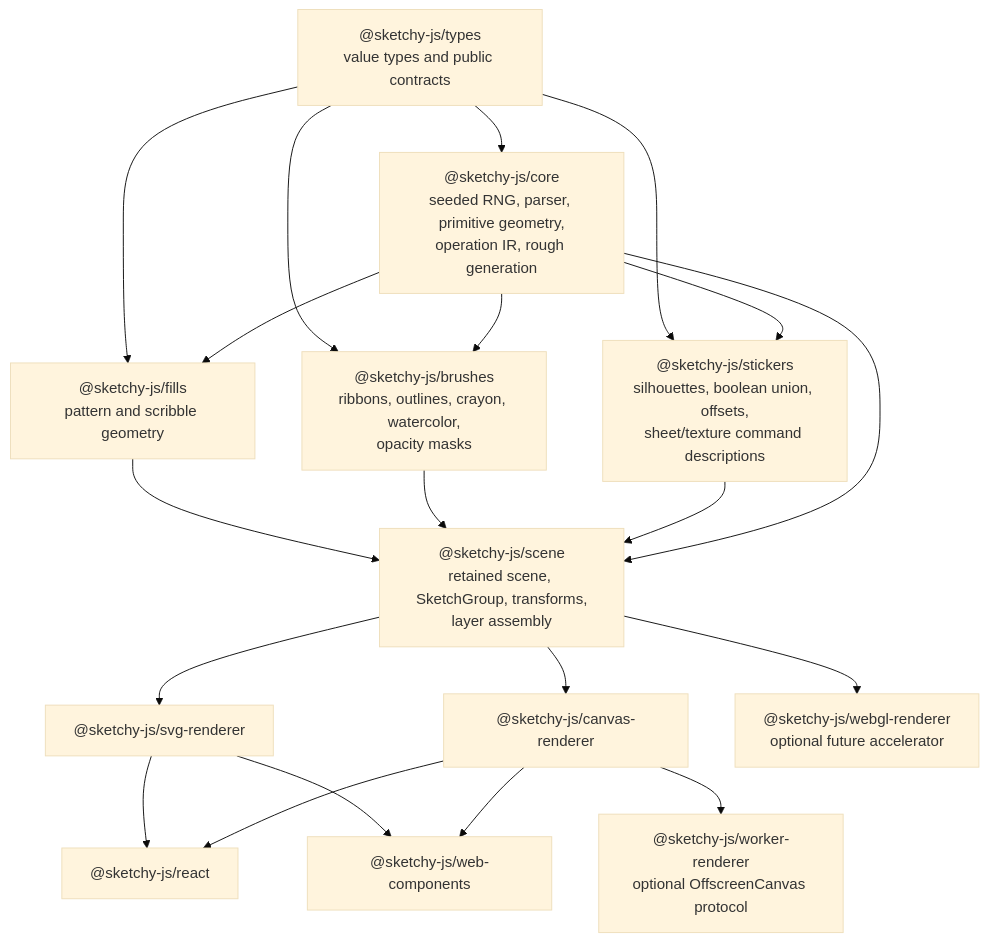
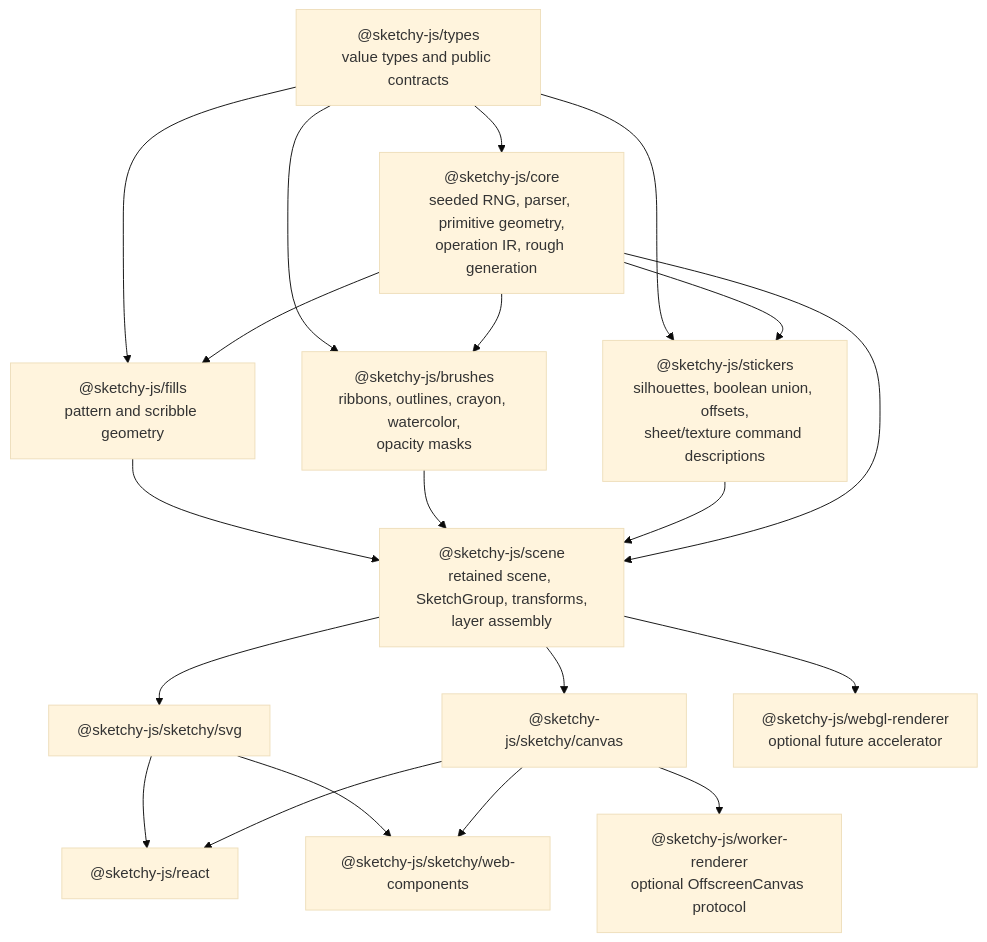
One commit to sstradling/SketchyJS changed the diagram in docs/plan.md. Above: the diagram before and after it, drawn with Mermaid (base theme). The commit also changed other lines of this file and 487 other files, not shown here.

````diff
--- a/docs/plan.md
+++ b/docs/plan.md
@@ -69,35 +69,35 @@
 ```mermaid
 flowchart TD
   types["@sketchy-js/types\nvalue types and public contracts"]
   core["@sketchy-js/core\nseeded RNG, parser, primitive geometry,\noperation IR, rough generation"]
   fills["@sketchy-js/fills\npattern and scribble geometry"]
   brushes["@sketchy-js/brushes\nribbons, outlines, crayon, watercolor,\nopacity masks"]
   stickers["@sketchy-js/stickers\nsilhouettes, boolean union, offsets,\nsheet/texture command descriptions"]
   scene["@sketchy-js/scene\nretained scene, SketchGroup, transforms,\nlayer assembly"]
-  svg["@sketchy-js/svg-renderer"]
-  canvas["@sketchy-js/canvas-renderer"]
+  svg["@sketchy-js/sketchy/svg"]
+  canvas["@sketchy-js/sketchy/canvas"]
   worker["@sketchy-js/worker-renderer\noptional OffscreenCanvas protocol"]
   webgl["@sketchy-js/webgl-renderer\noptional future accelerator"]
   react["@sketchy-js/react"]
-  wc["@sketchy-js/web-components"]
+  wc["@sketchy-js/sketchy/web-components"]
 
   types --> core
   types --> fills
   types --> brushes
   types --> stickers
   core --> fills
   core --> brushes
   core --> stickers
   fills --> scene
   brushes --> scene
   stickers --> scene
   core --> scene
   scene --> svg
   scene --> canvas
   canvas --> worker
   scene --> webgl
   svg --> react
   canvas --> react
   svg --> wc
   canvas --> wc
 ```
````
